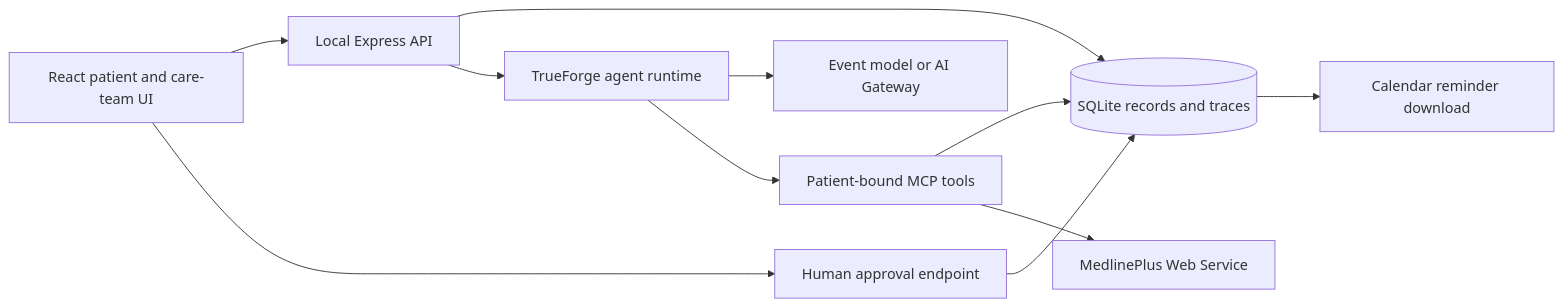
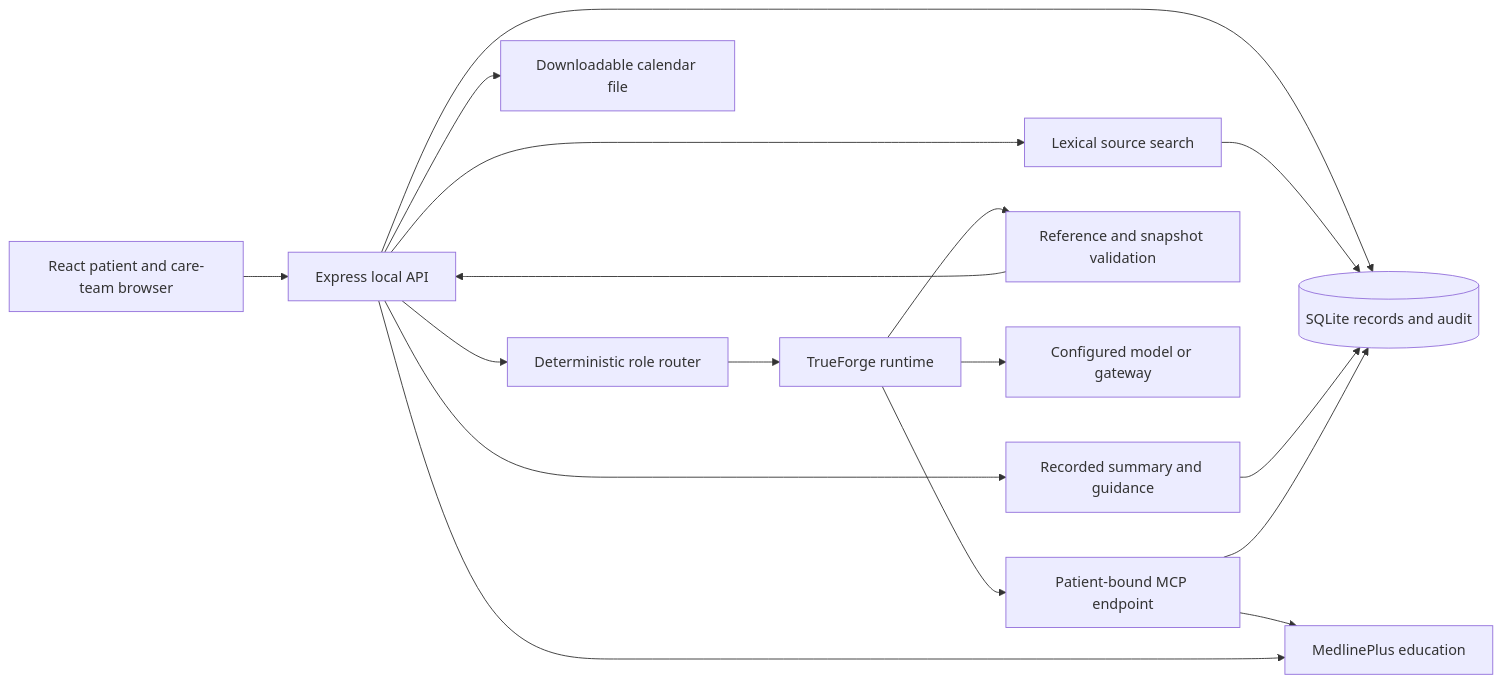
One commit to pruhnav/trueforgehackathon changed the first of 4 diagrams in README.md. Above: the diagram before and after it, drawn with Mermaid. The commit also changed other lines of this file and 14 other files, not shown here.

Commit message:
docs: explain patient journey and verified agent capabilities

````diff
--- a/README.md
+++ b/README.md
@@ -84,13 +56,19 @@
 ```mermaid
 flowchart LR
-  UI[React patient and care-team UI] --> API[Local Express API]
-  API --> DB[(SQLite records and traces)]
-  API --> TF[TrueForge agent runtime]
-  TF --> MODEL[Event model or AI Gateway]
-  TF --> MCP[Patient-bound MCP tools]
+  UI[React patient and care-team browser] --> API[Express local API]
+  API --> DB[(SQLite records and audit)]
+  API --> Search[Lexical source search]
+  Search --> DB
+  API --> Router[Deterministic role router]
+  Router --> TF[TrueForge runtime]
+  API --> Summary[Recorded summary and guidance]
+  Summary --> DB
+  TF --> Validate[Reference and snapshot validation]
+  Validate --> API
+  TF --> Model[Configured model or gateway]
+  TF --> MCP[Patient-bound MCP endpoint]
   MCP --> DB
-  MCP --> MED[MedlinePlus Web Service]
-  UI --> APPROVE[Human approval endpoint]
-  APPROVE --> DB
-  DB --> ICS[Calendar reminder download]
+  MCP --> Edu[MedlinePlus education]
+  API --> Edu
+  API --> ICS[Downloadable calendar file]
 ```
````
